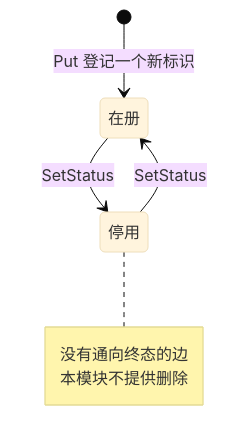
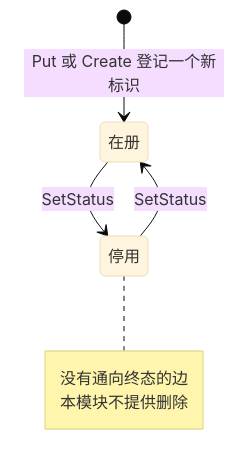
One commit to wangzw/speed changed the third of 4 diagrams in docs/design/modules/design-tenant.md. Above: the diagram before and after it, drawn with Mermaid (base theme). The commit also changed other lines of this file and 7 other files, not shown here.

````diff
--- a/docs/design/modules/design-tenant.md
+++ b/docs/design/modules/design-tenant.md
@@ -391,10 +396,10 @@
 ```mermaid
 stateDiagram-v2
-    [*] --> 在册 : Put 登记一个新标识
+    [*] --> 在册 : Put 或 Create 登记一个新标识
     在册 --> 停用 : SetStatus
     停用 --> 在册 : SetStatus
     note right of 停用
         没有通向终态的边
         本模块不提供删除
     end note
 ```
````
